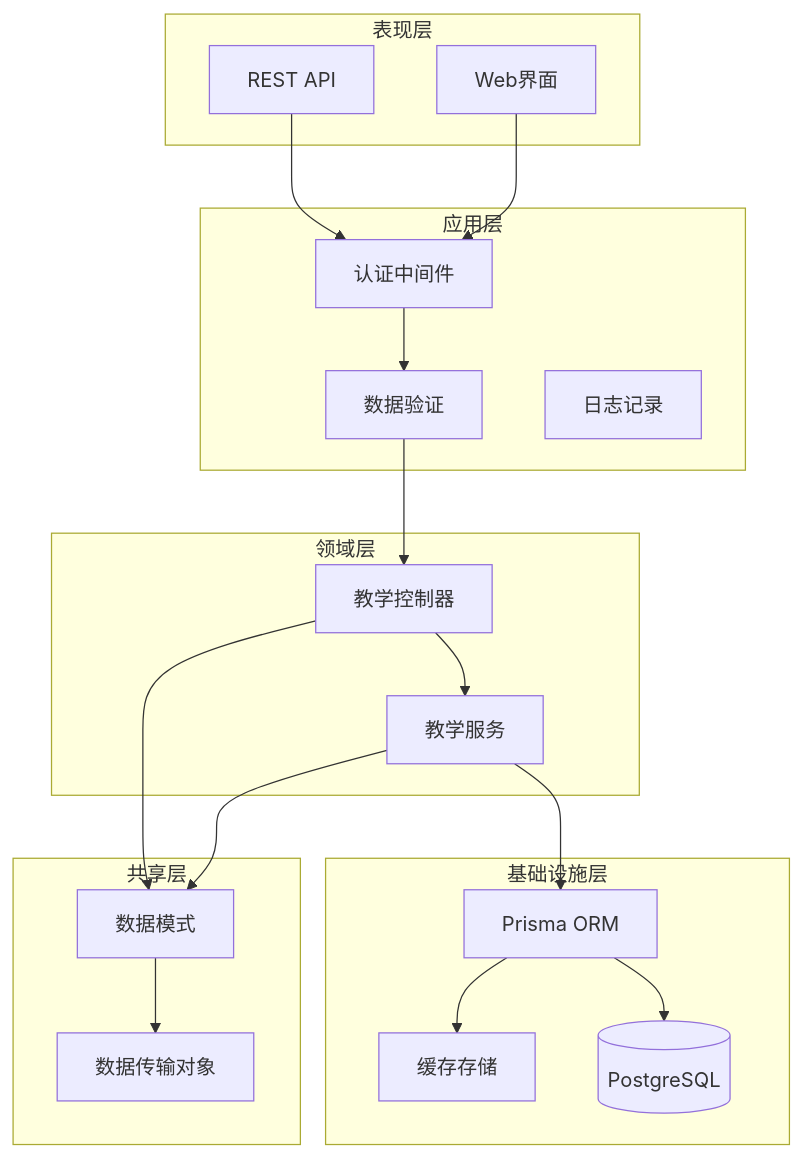
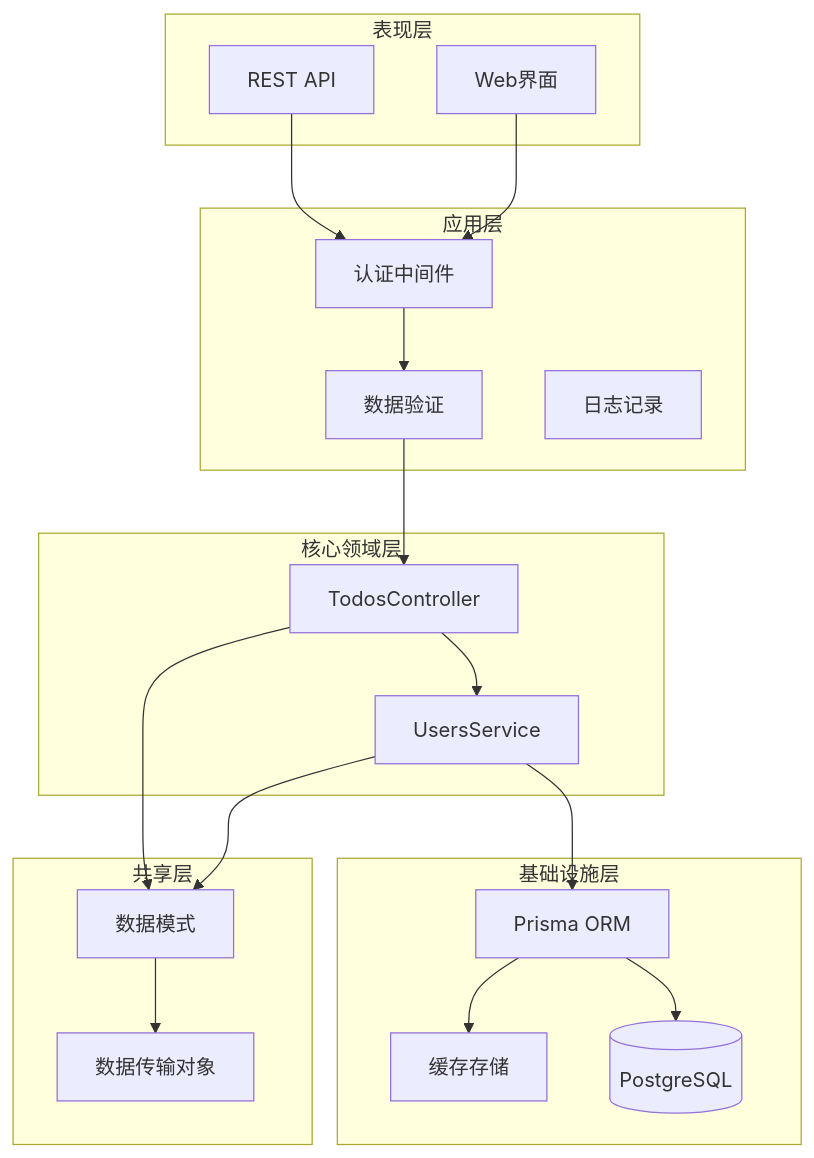
Before and after one commit to xixixiaoyu/Todo: the second of 6 diagrams in .qoder/repowiki/zh/content/核心模块/教学模式基础设施.md, drawn with Mermaid. The commit also changed other lines of this file and 6 other files, not shown here.

````diff
--- a/.qoder/repowiki/zh/content/核心模块/教学模式基础设施.md
+++ b/.qoder/repowiki/zh/content/核心模块/教学模式基础设施.md
@@ -101,36 +107,36 @@
 ```mermaid
 graph TD
 subgraph "表现层"
 API[REST API]
 WebUI[Web界面]
 end
 subgraph "应用层"
 Auth[认证中间件]
 Validation[数据验证]
 Logging[日志记录]
 end
-subgraph "领域层"
-TeachingController[教学控制器]
-TeachingService[教学服务]
+subgraph "核心领域层"
+TodosController[TodosController]
+UsersService[UsersService]
 end
 subgraph "基础设施层"
 Prisma[Prisma ORM]
 Redis[缓存存储]
 Database[(PostgreSQL)]
 end
 subgraph "共享层"
 Schemas[数据模式]
 DTOs[数据传输对象]
 end
 API --> Auth
 WebUI --> Auth
 Auth --> Validation
-Validation --> TeachingController
-TeachingController --> TeachingService
-TeachingService --> Prisma
+Validation --> TodosController
+TodosController --> UsersService
+UsersService --> Prisma
 Prisma --> Redis
 Prisma --> Database
-TeachingController --> Schemas
-TeachingService --> Schemas
+TodosController --> Schemas
+UsersService --> Schemas
 Schemas --> DTOs
 ```
````
